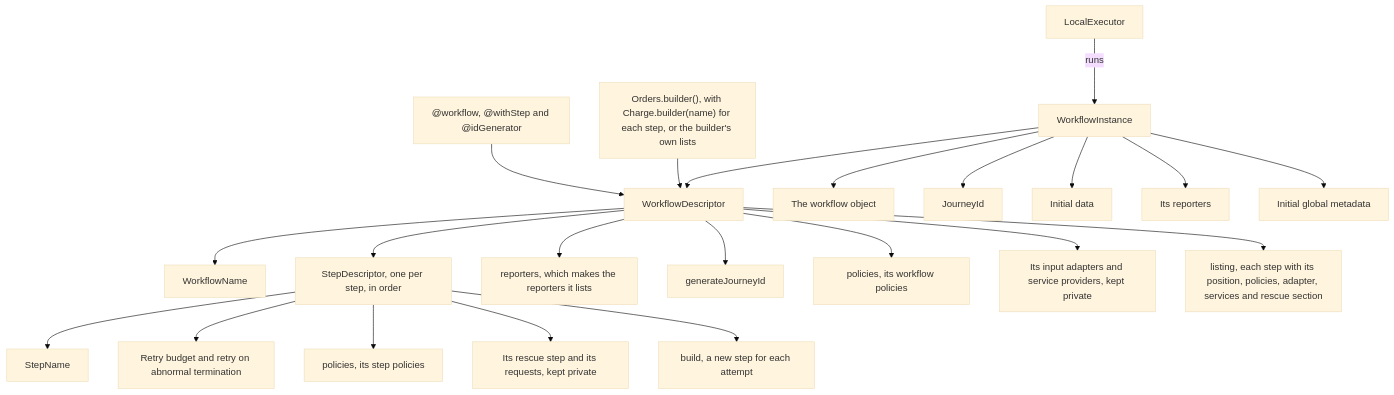
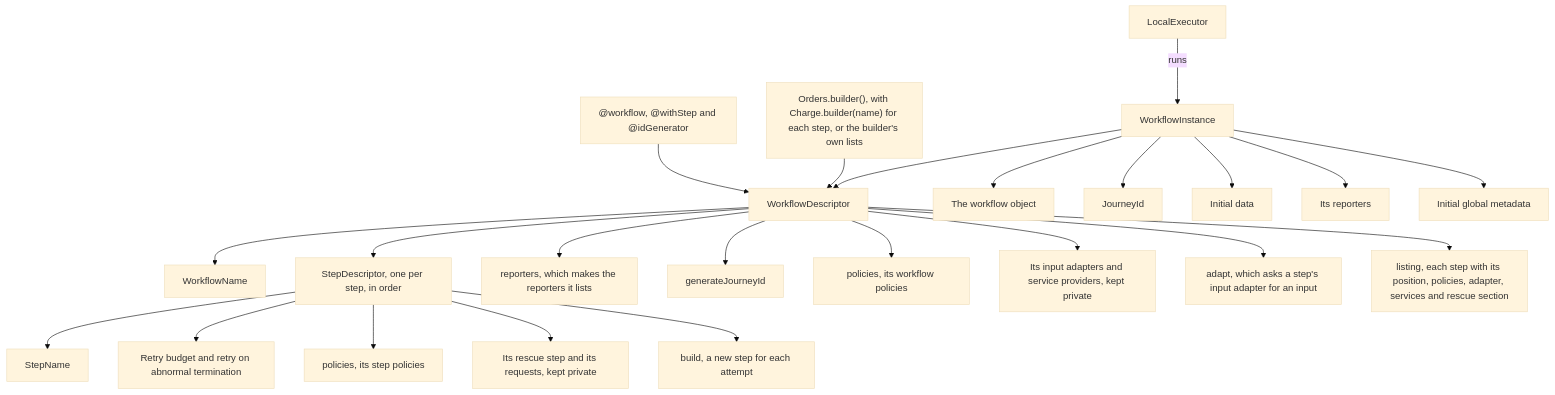
One commit to itinera-dev/itinera-ts changed the second of 8 diagrams in docs/architecture.md. Above: the diagram before and after it, drawn with Mermaid (base theme). The commit also changed other lines of this file and 52 other files, not shown here.

````diff
--- a/docs/architecture.md
+++ b/docs/architecture.md
@@ -57,26 +57,27 @@
 ```mermaid
 flowchart TD
     accTitle: What a workflow descriptor and an instance hold
-    accDescr: A workflow descriptor holds its name, its step descriptors in order, makes the reporters it lists, and generates journey IDs. A workflow descriptor also holds its workflow policies, keeps its input adapters and service providers private, and lists its steps without running anything. A step descriptor holds the step's name, its retry budget, whether it retries an abnormal termination, its step policies, and how to build the step, and keeps its rescue step and its requests private. Decorators and the builder, given a builder for each step or its own lists, both make the descriptor, after checking every violation. An instance holds the descriptor beside the workflow object, its journey ID, its initial data, its reporters and its initial global metadata, and the local executor runs it.
+    accDescr: A workflow descriptor holds its name, its step descriptors in order, makes the reporters it lists, and generates journey IDs. A workflow descriptor also holds its workflow policies, keeps its input adapters and service providers private, asks the input adapter attached to a step for an input, and lists its steps without running anything. A step descriptor holds the step's name, its retry budget, whether it retries an abnormal termination, its step policies, and how to build the step, and keeps its rescue step and its requests private. Decorators and the builder, given a builder for each step or its own lists, both make the descriptor, after checking every violation. An instance holds the descriptor beside the workflow object, its journey ID, its initial data, its reporters and its initial global metadata, and the local executor runs it.
     decorators["@workflow, @withStep and @idGenerator"] --> descriptor["WorkflowDescriptor"]
     builder["Orders.builder(), with Charge.builder(name) for each step, or the builder's own lists"] --> descriptor
     descriptor --> name["WorkflowName"]
     descriptor --> steps["StepDescriptor, one per step, in order"]
     descriptor --> reporters["reporters, which makes the reporters it lists"]
     descriptor --> generator["generateJourneyId"]
     descriptor --> workflowPolicies["policies, its workflow policies"]
     descriptor --> adapters["Its input adapters and service providers, kept private"]
+    descriptor --> adapt["adapt, which asks a step's input adapter for an input"]
     descriptor --> listing["listing, each step with its position, policies, adapter, services and rescue section"]
     steps --> stepName["StepName"]
     steps --> budget["Retry budget and retry on abnormal termination"]
     steps --> stepPolicies["policies, its step policies"]
     steps --> stepPrivate["Its rescue step and its requests, kept private"]
     steps --> build["build, a new step for each attempt"]
     instance["WorkflowInstance"] --> descriptor
     instance --> workflow["The workflow object"]
     instance --> id["JourneyId"]
     instance --> data["Initial data"]
     instance --> ireporters["Its reporters"]
     instance --> metadata["Initial global metadata"]
     executor["LocalExecutor"] -->|"runs"| instance
 ```
````
